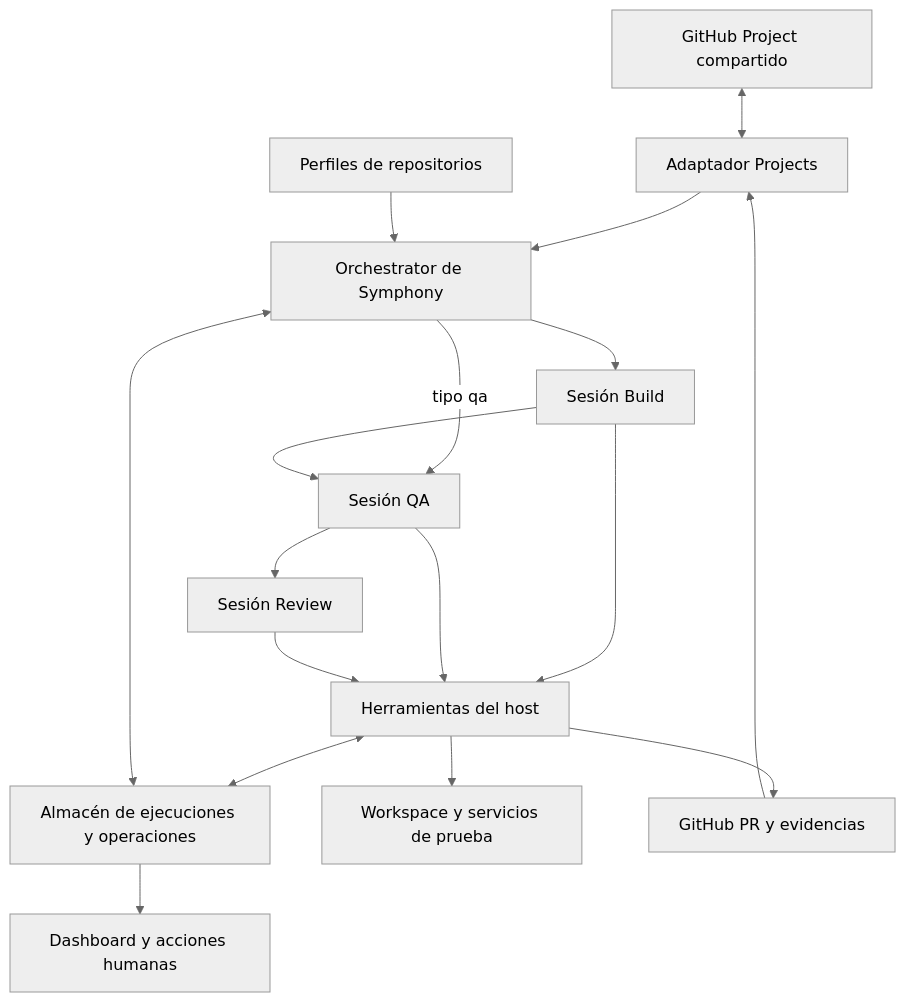
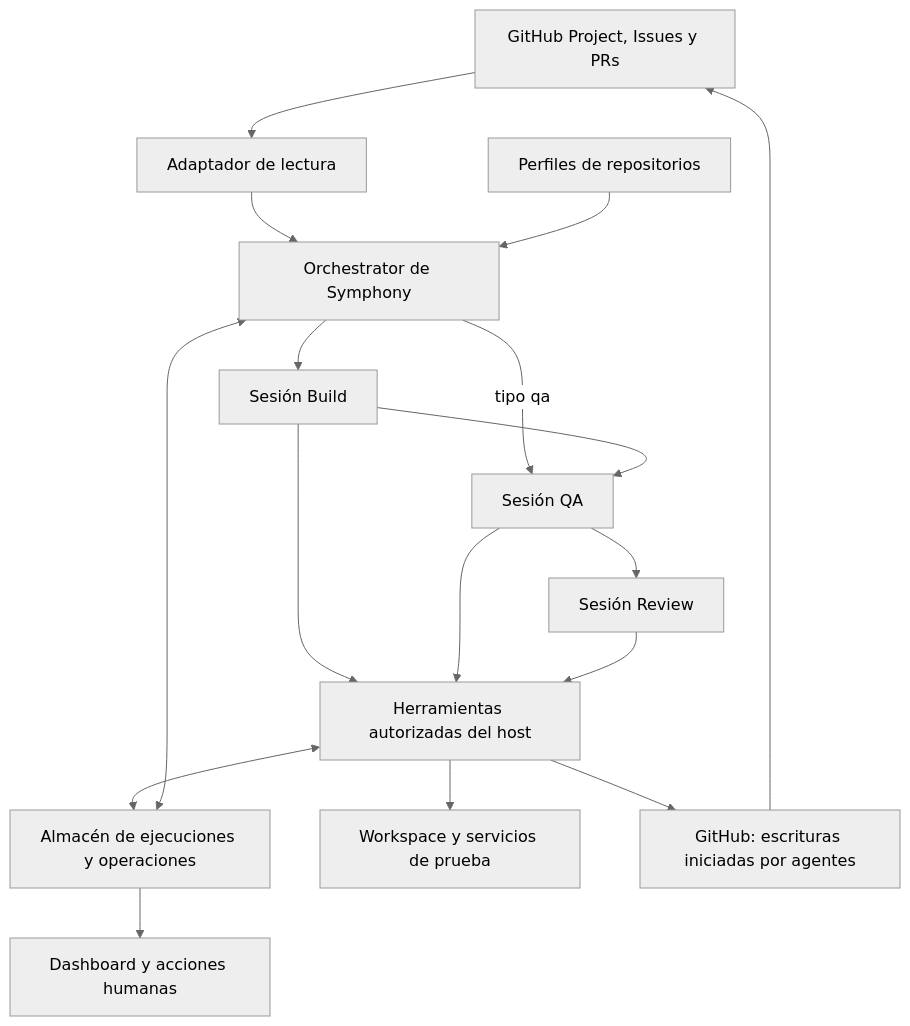
Before and after one commit to Compralaentrada/symphony: the diagram in docs/superboard-symphony-plan.md, drawn with Mermaid (neutral theme). The commit also changed other lines of this file and 11 other files, not shown here.

````diff
--- a/docs/superboard-symphony-plan.md
+++ b/docs/superboard-symphony-plan.md
@@ -70,19 +71,19 @@
 ```mermaid
 flowchart TD
-    T[GitHub Project compartido] <--> P[Adaptador Projects]
+    T[GitHub Project, Issues y PRs] --> P[Adaptador de lectura]
     P --> O[Orchestrator de Symphony]
     R[Perfiles de repositorios] --> O
     D[Almacén de ejecuciones y operaciones] <--> O
     O --> B[Sesión Build]
     O -->|tipo qa| Q
     B --> Q[Sesión QA]
     Q --> V[Sesión Review]
-    B --> H[Herramientas del host]
+    B --> H[Herramientas autorizadas del host]
     Q --> H
     V --> H
     H --> W[Workspace y servicios de prueba]
-    H --> G[GitHub PR y evidencias]
+    H --> G[GitHub: escrituras iniciadas por agentes]
     H <--> D
-    G --> P
+    G --> T
     D --> U[Dashboard y acciones humanas]
 ```
````
